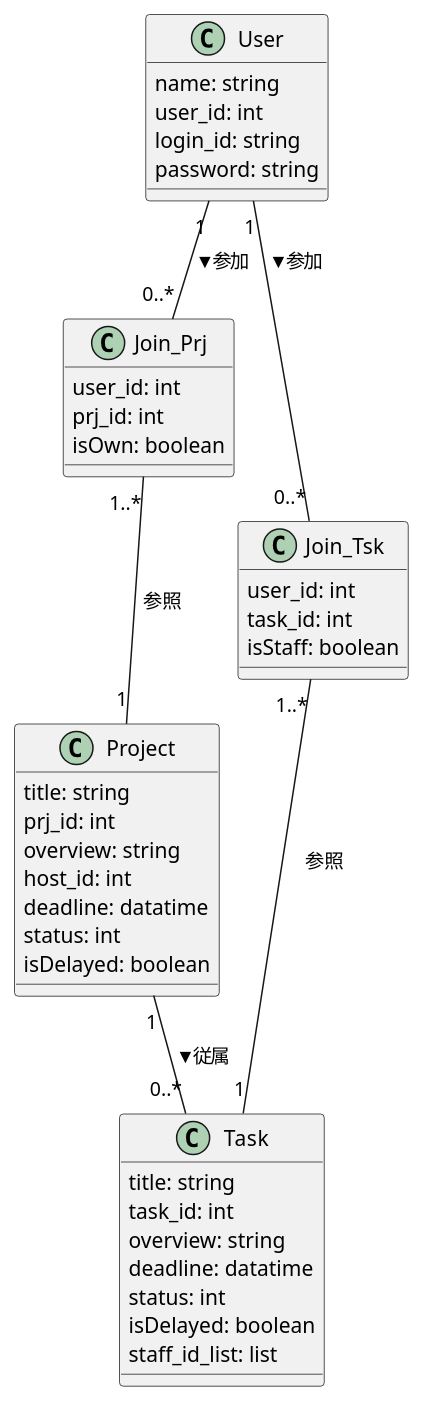
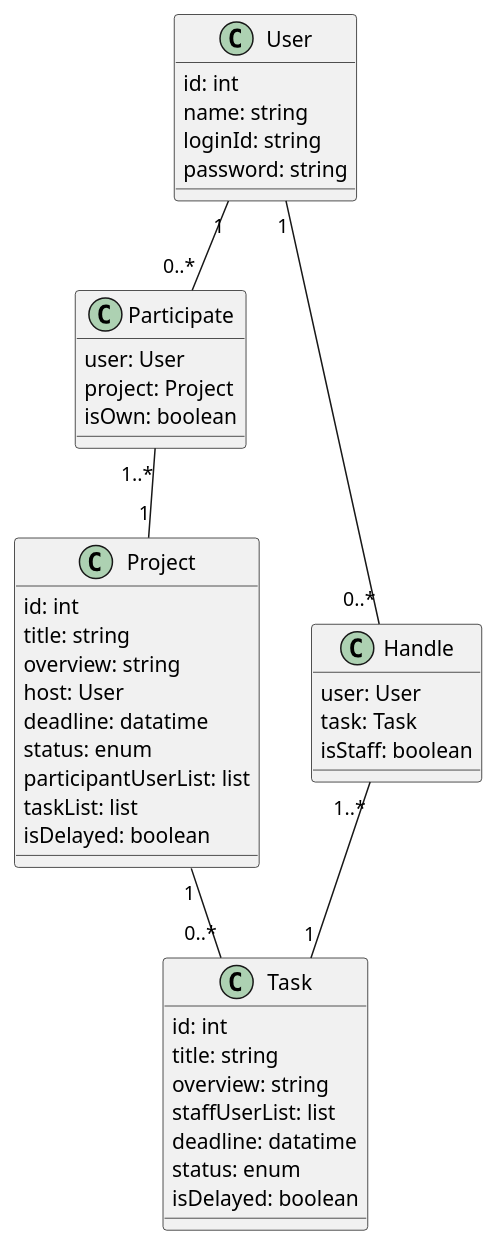
The diagram in classdia.pu (sato064/sw2020g1), drawn with PlantUML before and after one commit.

Commit message:
change: classdia.pu
央くんのからブランチきって手を加えてみました。

```diff
--- a/classdia.pu
+++ b/classdia.pu
@@ -1,59 +1,53 @@
 @startuml
 
 
-
 class User{
+    id: int
     name: string
-    user_id: int
-    login_id: string
+    loginId: string
     password: string
-
     }
 
-
-
 class Project{
+    id: int
     title: string
-    prj_id: int
     overview: string
-    host_id: int
+    host: User
     deadline: datatime
-    status: int
+    status: enum
+    participantUserList: list
+    taskList: list
     isDelayed: boolean
 }
 
 class Task{
+    id: int
     title: string
-    task_id: int
     overview: string
+    staffUserList: list
     deadline: datatime
-    status: int
+    status: enum
     isDelayed: boolean
-    staff_id_list: list
+}
 
+class Participate{
+    user: User
+    project: Project
+    isOwn: boolean
+}
+
+class Handle{
+    user: User
+    task: Task
+    isStaff: boolean
 }
 
 
-class Join_Prj{
-    user_id: int
-    prj_id: int
-    isOwn: boolean
-}
-
-class Join_Tsk{
-    user_id: int
-    task_id: int
-    isStaff: boolean
-
-}
-
-Project "1"--"0..*" Task:▼従属
-User "1"--"0..*" Join_Prj:▼参加
-User "1"--"0..*" Join_Tsk:▼参加
-Join_Prj"1..*"--"1" Project:参照
-Join_Tsk"1..*"--"1" Task:参照
-
-
+User "1"--"0..*" Participate
+Participate"1..*"--"1" Project
+User "1"--"0..*" Handle
+Handle"1..*"--"1" Task
+Project "1"--"0..*" Task
 
 
 @enduml
```
